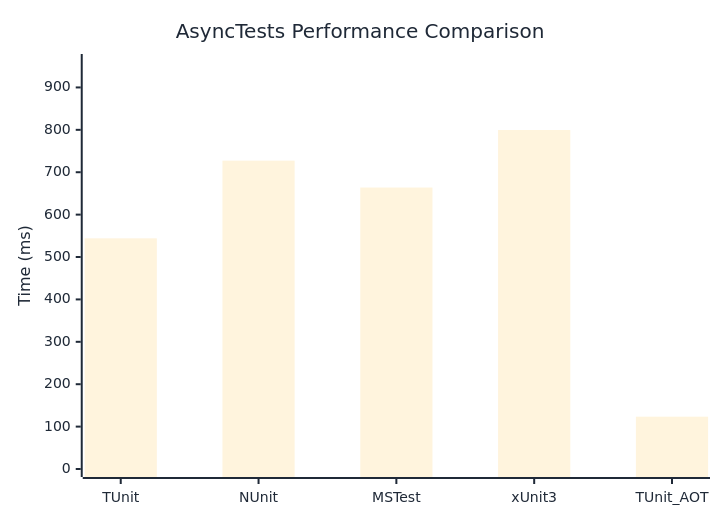
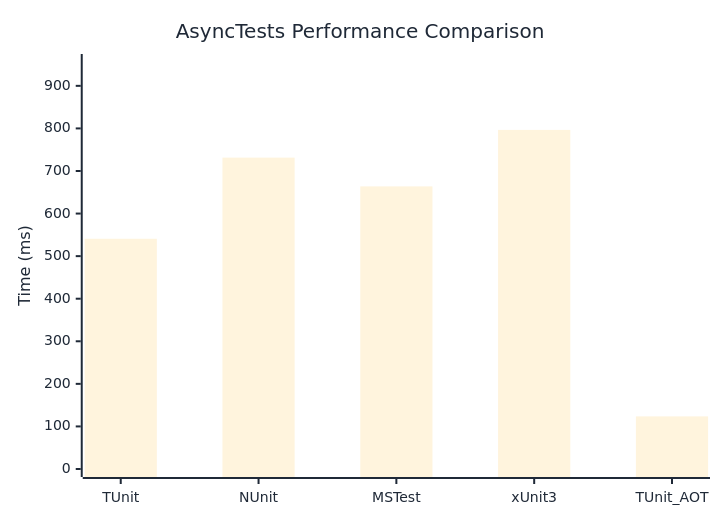
Before and after one commit to thomhurst/TUnit: the diagram in docs/docs/benchmarks/AsyncTests.md, drawn with Mermaid. The commit also changed other lines of this file and 17 other files, not shown here.

````diff
--- a/docs/docs/benchmarks/AsyncTests.md
+++ b/docs/docs/benchmarks/AsyncTests.md
@@ -27,37 +27,37 @@
 ```mermaid
 %%{init: {
   'theme':'base',
   'themeVariables': {
     'primaryColor': '#2563eb',
     'primaryTextColor': '#1f2937',
     'primaryBorderColor': '#1e40af',
     'lineColor': '#6b7280',
     'secondaryColor': '#7c3aed',
     'tertiaryColor': '#dc2626',
     'background': '#ffffff',
     'mainBkg': '#2563eb',
     'secondBkg': '#7c3aed',
     'tertiaryBkg': '#dc2626',
     'clusterBkg': '#f3f4f6',
     'edgeLabelBackground': '#ffffff',
     'tertiaryTextColor': '#1f2937',
     'pie1': '#2563eb',
     'pie2': '#7c3aed',
     'pie3': '#dc2626',
     'pie4': '#f59e0b',
     'pie5': '#10b981',
     'pie6': '#06b6d4',
     'pie7': '#ec4899',
     'pie8': '#6366f1',
     'pie9': '#84cc16',
     'pie10': '#f97316',
     'pie11': '#14b8a6',
     'pie12': '#a855f7'
   }
 }}%%
 xychart-beta
   title "AsyncTests Performance Comparison"
   x-axis ["TUnit", "NUnit", "MSTest", "xUnit3", "TUnit_AOT"]
-  y-axis "Time (ms)" 0 --> 960
-  bar [544.1, 727.3, 663.9, 799.6, 123.4]
+  y-axis "Time (ms)" 0 --> 956
+  bar [540.8, 731.4, 663.8, 796.5, 123.6]
 ```
````
